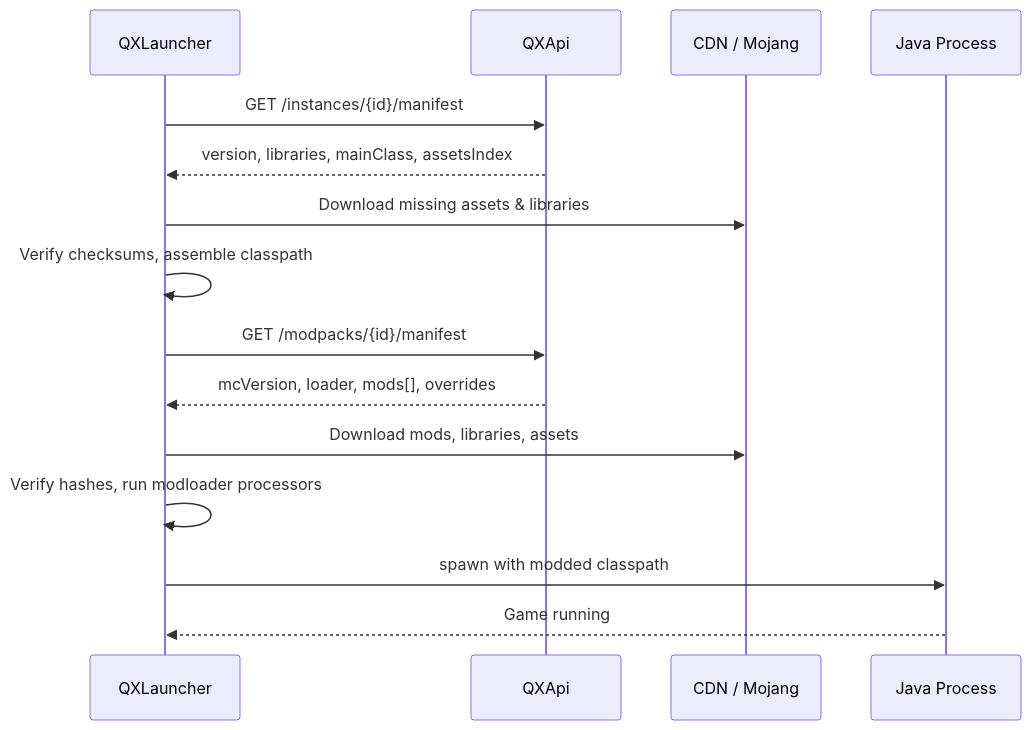
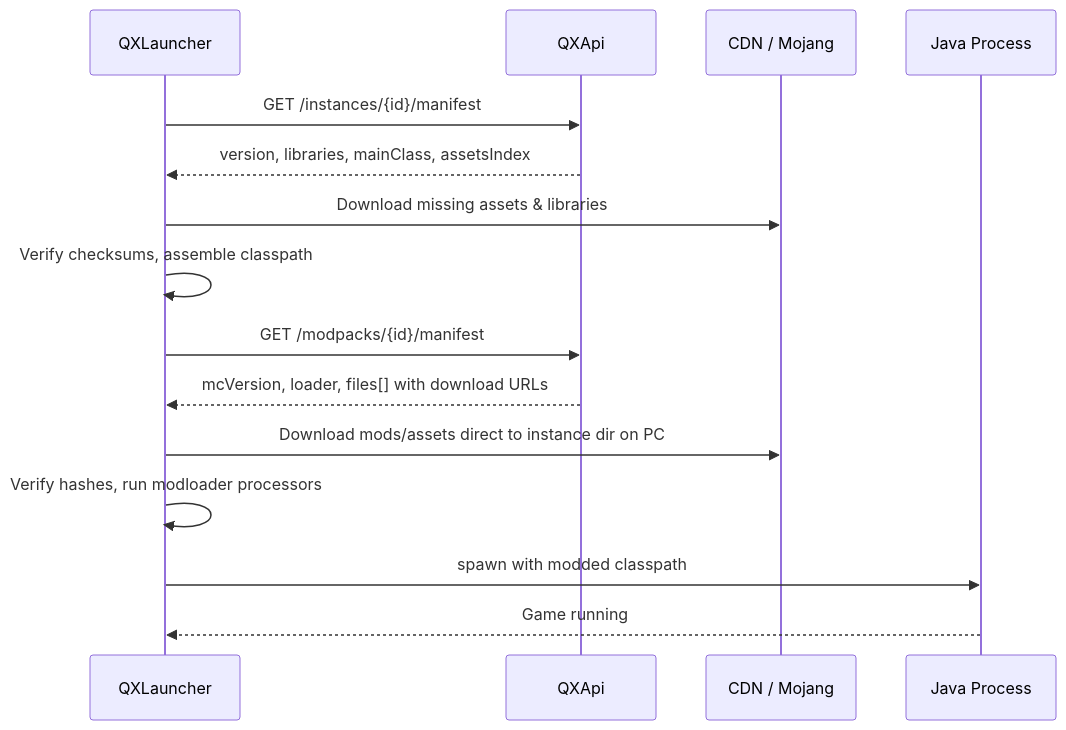
One commit to mindevis/qx-project changed the seventh of 16 diagrams in docs/architecture.md. Above: the diagram before and after it, drawn with Mermaid. The commit also changed other lines of this file and 13 other files, not shown here.

````diff
--- a/docs/architecture.md
+++ b/docs/architecture.md
@@ -403,18 +431,18 @@
 ```mermaid
 sequenceDiagram
     participant L as QXLauncher
     participant API as QXApi
     participant CDN as CDN / Mojang
     participant JVM as Java Process
 
     L->>API: GET /instances/{id}/manifest
     API-->>L: version, libraries, mainClass, assetsIndex
     L->>CDN: Download missing assets & libraries
     L->>L: Verify checksums, assemble classpath
     L->>API: GET /modpacks/{id}/manifest
-    API-->>L: mcVersion, loader, mods[], overrides
-    L->>CDN: Download mods, libraries, assets
+    API-->>L: mcVersion, loader, files[] with download URLs
+    L->>CDN: Download mods/assets direct to instance dir on PC
     L->>L: Verify hashes, run modloader processors
     L->>JVM: spawn with modded classpath
     JVM-->>L: Game running
 ```
````
